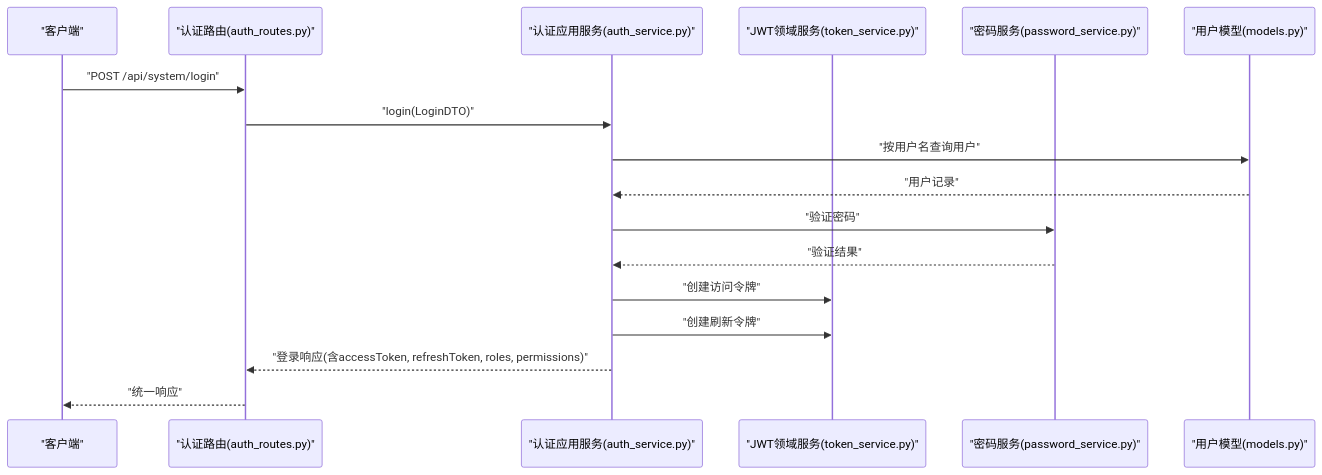
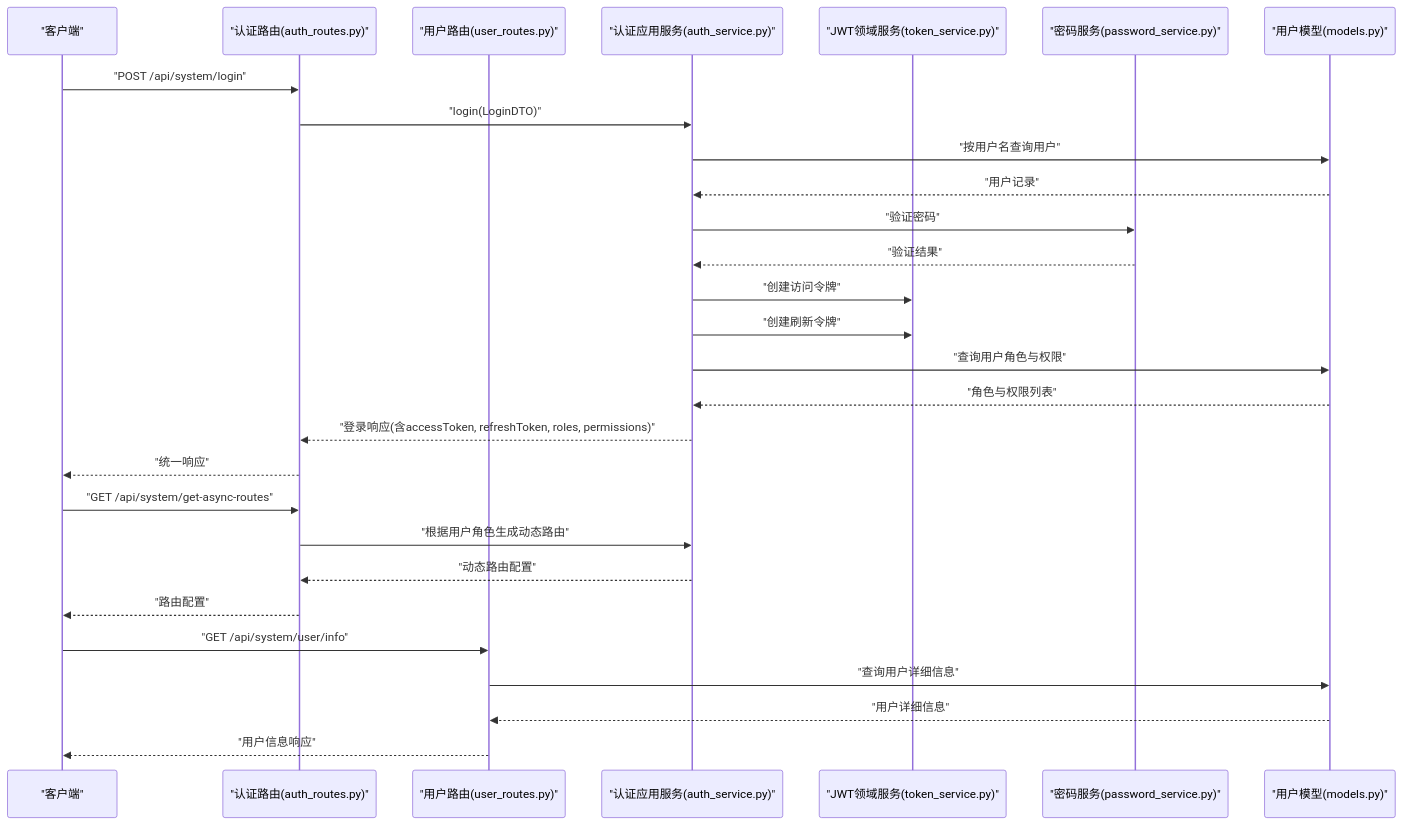
One commit to taoweidong/Hello-FastApi changed the second of 9 diagrams in .qoder/repowiki/zh/content/项目概述/核心特性/认证系统/JWT 令牌管理.md. Above: the diagram before and after it, drawn with Mermaid. The commit also changed other lines of this file and 19 other files, not shown here.

````diff
--- a/.qoder/repowiki/zh/content/项目概述/核心特性/认证系统/JWT 令牌管理.md
+++ b/.qoder/repowiki/zh/content/项目概述/核心特性/认证系统/JWT 令牌管理.md
@@ -118,19 +138,30 @@
 ```mermaid
 sequenceDiagram
 participant Client as "客户端"
-participant API as "认证路由(auth_routes.py)"
+participant AuthAPI as "认证路由(auth_routes.py)"
+participant UserAPI as "用户路由(user_routes.py)"
 participant App as "认证应用服务(auth_service.py)"
 participant Token as "JWT领域服务(token_service.py)"
 participant Pwd as "密码服务(password_service.py)"
 participant DB as "用户模型(models.py)"
-Client->>API : "POST /api/system/login"
-API->>App : "login(LoginDTO)"
+Client->>AuthAPI : "POST /api/system/login"
+AuthAPI->>App : "login(LoginDTO)"
 App->>DB : "按用户名查询用户"
 DB-->>App : "用户记录"
 App->>Pwd : "验证密码"
 Pwd-->>App : "验证结果"
 App->>Token : "创建访问令牌"
 App->>Token : "创建刷新令牌"
-App-->>API : "登录响应(含accessToken, refreshToken, roles, permissions)"
-API-->>Client : "统一响应"
+App->>DB : "查询用户角色与权限"
+DB-->>App : "角色与权限列表"
+App-->>AuthAPI : "登录响应(含accessToken, refreshToken, roles, permissions)"
+AuthAPI-->>Client : "统一响应"
+Client->>AuthAPI : "GET /api/system/get-async-routes"
+AuthAPI->>App : "根据用户角色生成动态路由"
+App-->>AuthAPI : "动态路由配置"
+AuthAPI-->>Client : "路由配置"
+Client->>UserAPI : "GET /api/system/user/info"
+UserAPI->>DB : "查询用户详细信息"
+DB-->>UserAPI : "用户详细信息"
+UserAPI-->>Client : "用户信息响应"
 ```
````
